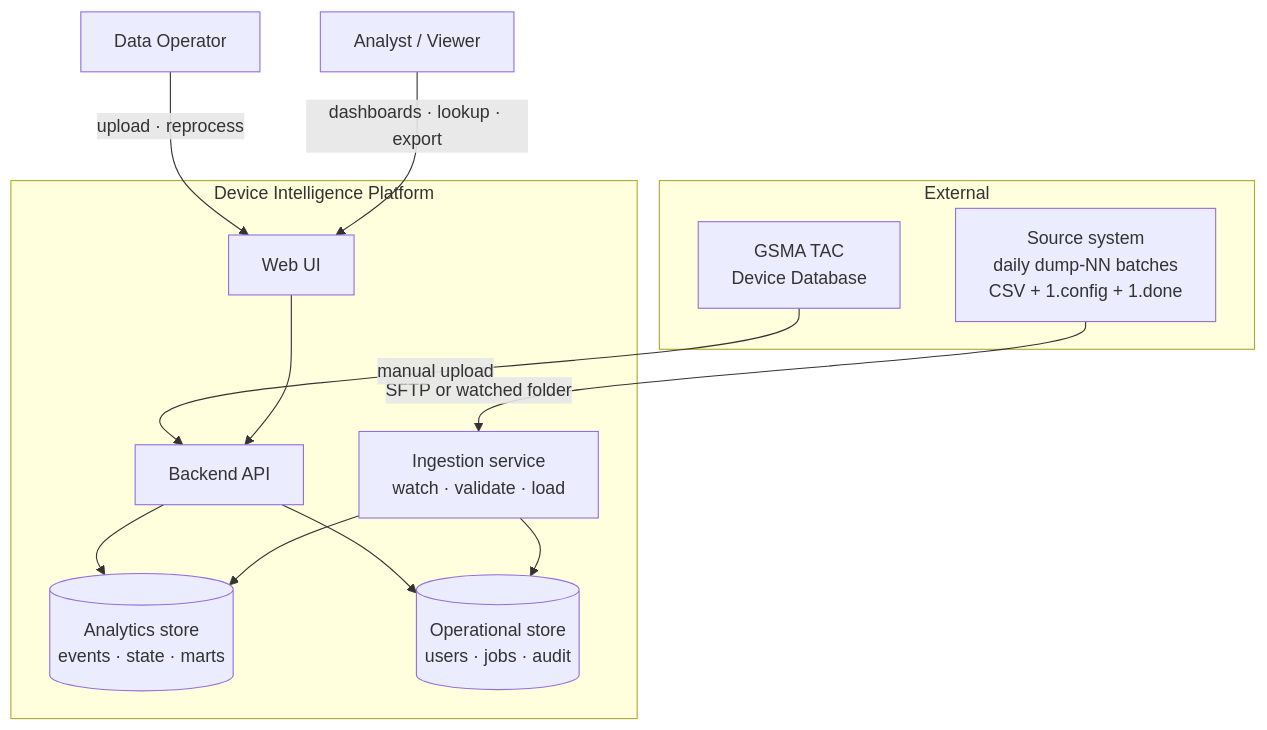
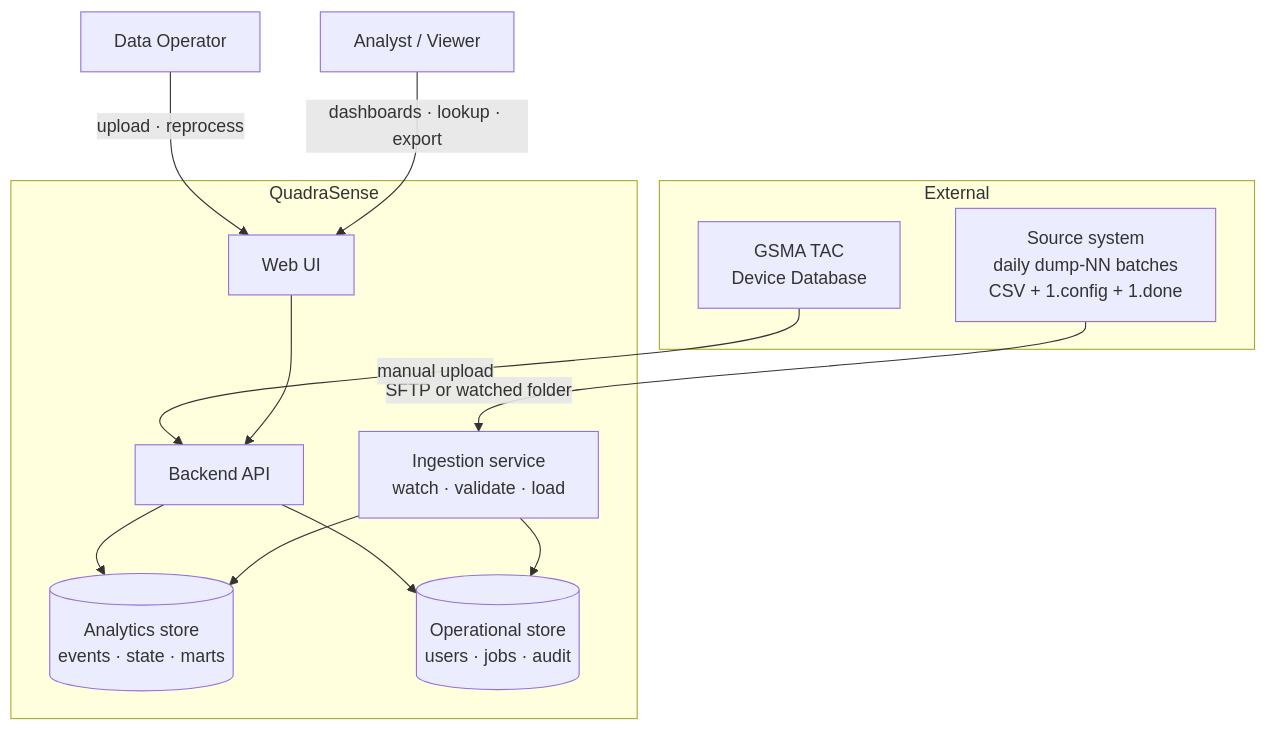
Before and after one commit to MahdiSiamaki/QuadraSense: the first of 2 diagrams in docs/architecture/01-overview.md, drawn with Mermaid. The commit also changed 7 other files, not shown here.

````diff
--- a/docs/architecture/01-overview.md
+++ b/docs/architecture/01-overview.md
@@ -63,26 +63,26 @@
 ```mermaid
 flowchart TB
     subgraph ext["External"]
         SRC["Source system<br/>daily dump-NN batches<br/>CSV + 1.config + 1.done"]
         GSMA["GSMA TAC<br/>Device Database"]
     end
-    subgraph sys["Device Intelligence Platform"]
+    subgraph sys["QuadraSense"]
         ING["Ingestion service<br/>watch · validate · load"]
         DB[("Analytics store<br/>events · state · marts")]
         OLTP[("Operational store<br/>users · jobs · audit")]
         API["Backend API"]
         UI["Web UI"]
     end
     OPS["Data Operator"]
     AN["Analyst / Viewer"]
 
     SRC -->|SFTP or watched folder| ING
     GSMA -->|manual upload| API
     OPS -->|upload · reprocess| UI
     AN -->|dashboards · lookup · export| UI
     UI --> API
     API --> DB
     API --> OLTP
     ING --> DB
     ING --> OLTP
 ```
````
